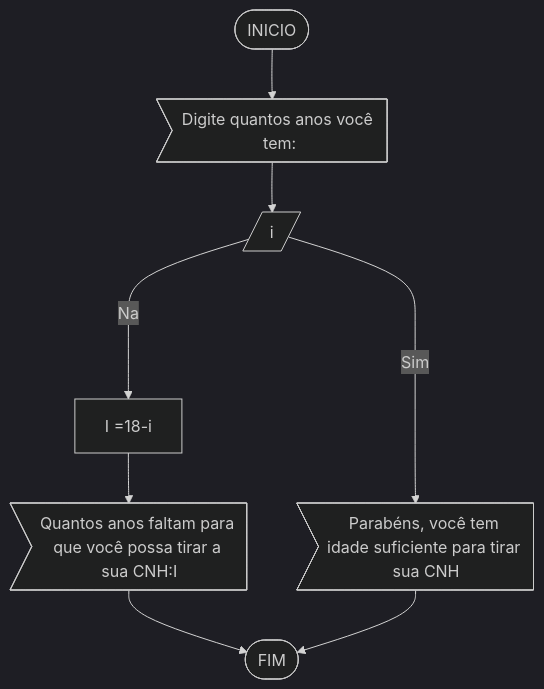
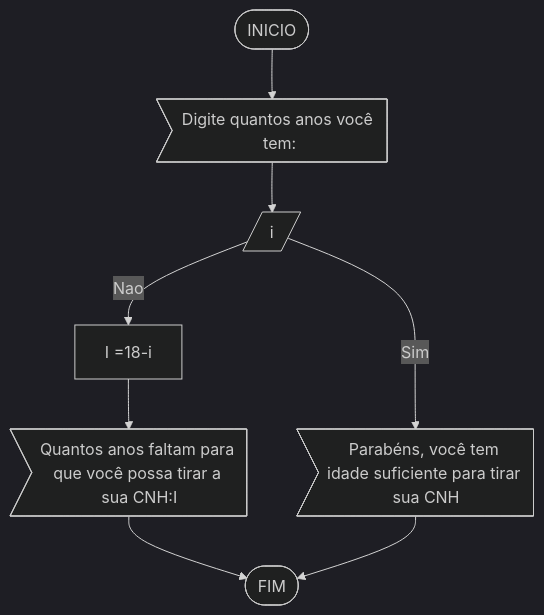
One commit to angelomendonca0601/unifor changed the third of 3 diagrams in RLA/lista1.md. Above: the diagram before and after it, drawn with Mermaid (dark theme).

````diff
--- a/RLA/lista1.md
+++ b/RLA/lista1.md
@@ -73,11 +73,11 @@
 ```mermaid
 flowchart TD
 id1([INICIO]) --> id2>Digite quantos anos você tem:]
 id2 --> id3[/i/]
 id3 -- Sim--> id4>Parabéns, você tem idade suficiente para tirar sua CNH]
-id3 -- Nao--> id5[I =18-i]
+id3 -- Nao --> id5[I =18-i]
 id5 --> id6>Quantos anos faltam para que você possa tirar a sua CNH:I]
 id6-->id([FIM])
 id4 -->id([FIM])
 
 ```
````
